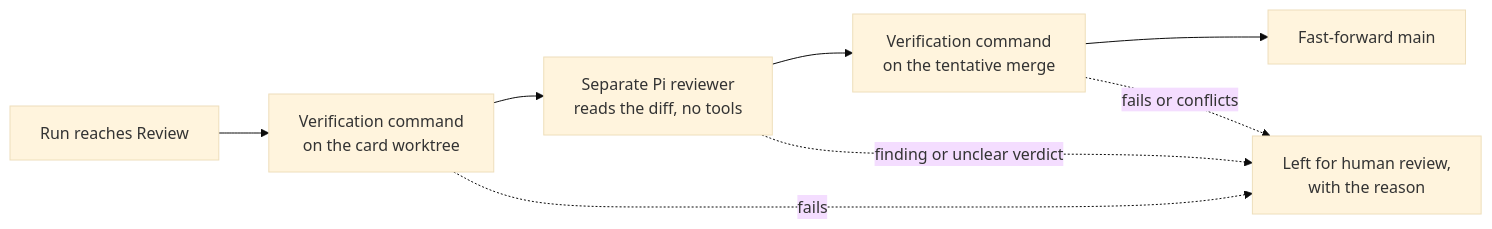
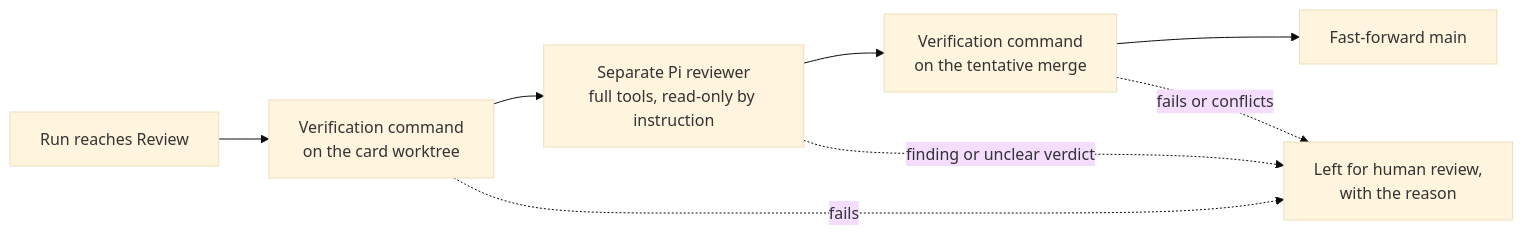
Before and after one commit to aglowinthefield/bakery: the fourth of 5 diagrams in README.md, drawn with Mermaid (base theme). The commit also changed other lines of this file and 5 other files, not shown here.

First line of the commit message:
Give the unattended reviewer full Pi tools

````diff
--- a/README.md
+++ b/README.md
@@ -237,10 +237,10 @@
 ```mermaid
 flowchart LR
   A[Run reaches Review] --> B[Verification command<br/>on the card worktree]
-  B --> C[Separate Pi reviewer<br/>reads the diff, no tools]
+  B --> C[Separate Pi reviewer<br/>full tools, read-only by instruction]
   C --> D[Verification command<br/>on the tentative merge]
   D --> E[Fast-forward main]
   B -. fails .-> H[Left for human review,<br/>with the reason]
   C -. finding or unclear verdict .-> H
   D -. fails or conflicts .-> H
 ```
````
